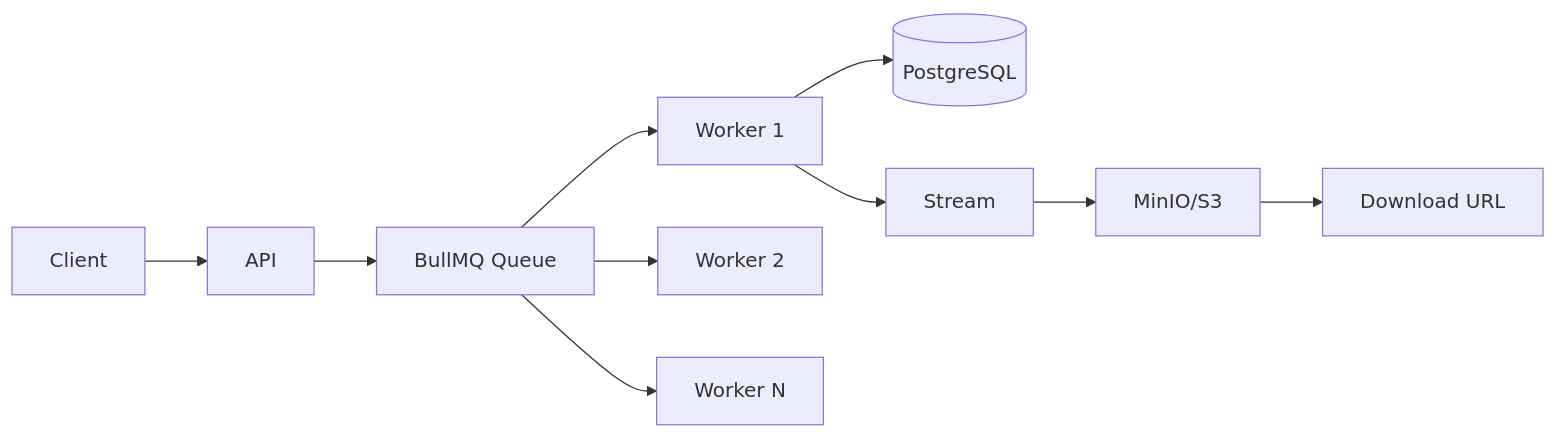
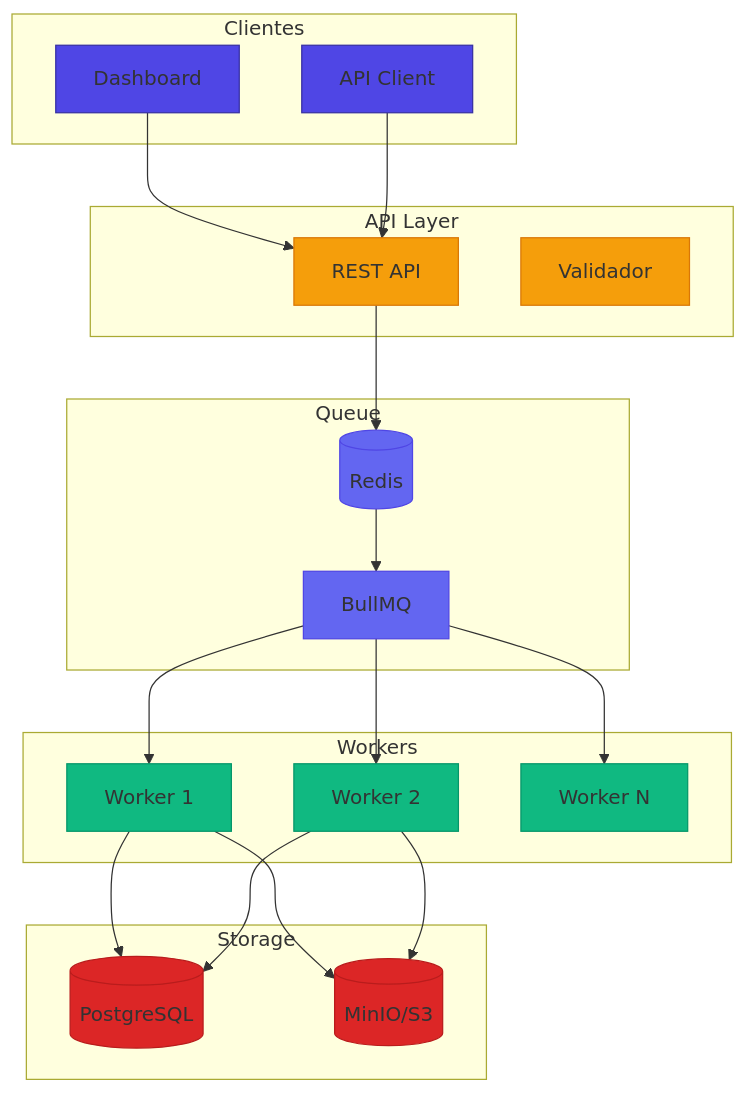
One commit to mateussiqueira/banking-stack changed the second of 3 diagrams in packages/docs/en/challenges/08-report.md. Above: the diagram before and after it, drawn with Mermaid. The commit also changed other lines of this file and 24 other files, not shown here.

First line of the commit message:
roadmap 100%: API playground, EN sync, premium, white-label

````diff
--- a/packages/docs/en/challenges/08-report.md
+++ b/packages/docs/en/challenges/08-report.md
@@ -18,12 +146,52 @@
 ```mermaid
-flowchart LR
-    A[Client] --> B[API]
-    B --> C[BullMQ Queue]
-    C --> D[Worker 1]
-    C --> E[Worker 2]
-    C --> F[Worker N]
-    D --> G[(PostgreSQL)]
-    D --> H[Stream]
-    H --> I[MinIO/S3]
-    I --> J[Download URL]
+flowchart TB
+    subgraph "Clientes"
+      C1[Dashboard]
+      C2[API Client]
+    end
+
+    subgraph "API Layer"
+      API[REST API]
+      VALID[Validador]
+    end
+
+    subgraph "Queue"
+      REDIS[(Redis)]
+      BULL[BullMQ]
+    end
+
+    subgraph "Workers"
+      W1[Worker 1]
+      W2[Worker 2]
+      W3[Worker N]
+    end
+
+    subgraph "Storage"
+      DB[(PostgreSQL)]
+      S3[(MinIO/S3)]
+    end
+
+    C1 --> API
+    C2 --> API
+    API --> REDIS
+    REDIS --> BULL
+    BULL --> W1
+    BULL --> W2
+    BULL --> W3
+    W1 --> DB
+    W1 --> S3
+    W2 --> DB
+    W2 --> S3
+
+    classDef client fill:#4f46e5,stroke:#3730a3;
+    classDef api fill:#f59e0b,stroke:#d97706;
+    classDef queue fill:#6366f1,stroke:#4f46e5;
+    classDef worker fill:#10b981,stroke:#059669;
+    classDef storage fill:#dc2626,stroke:#b91c1c;
+
+    class C1,C2 client;
+    class API,VALID api;
+    class REDIS,BULL queue;
+    class W1,W2,W3 worker;
+    class DB,S3 storage;
 ```
````
